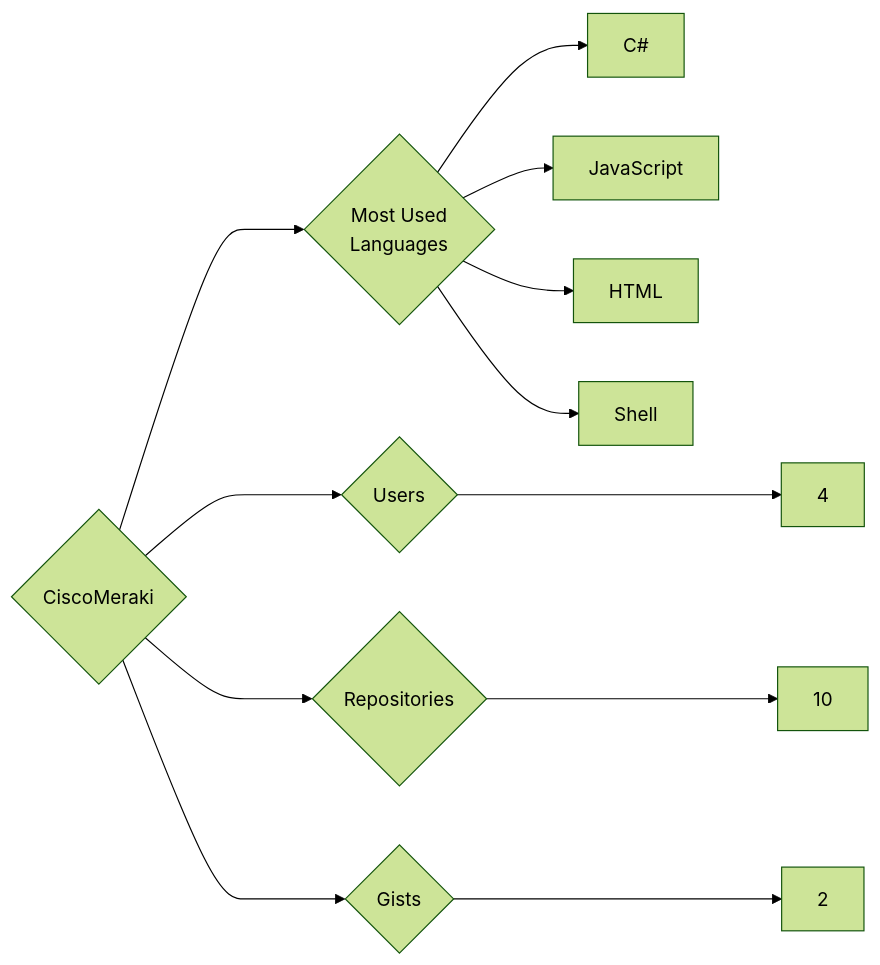
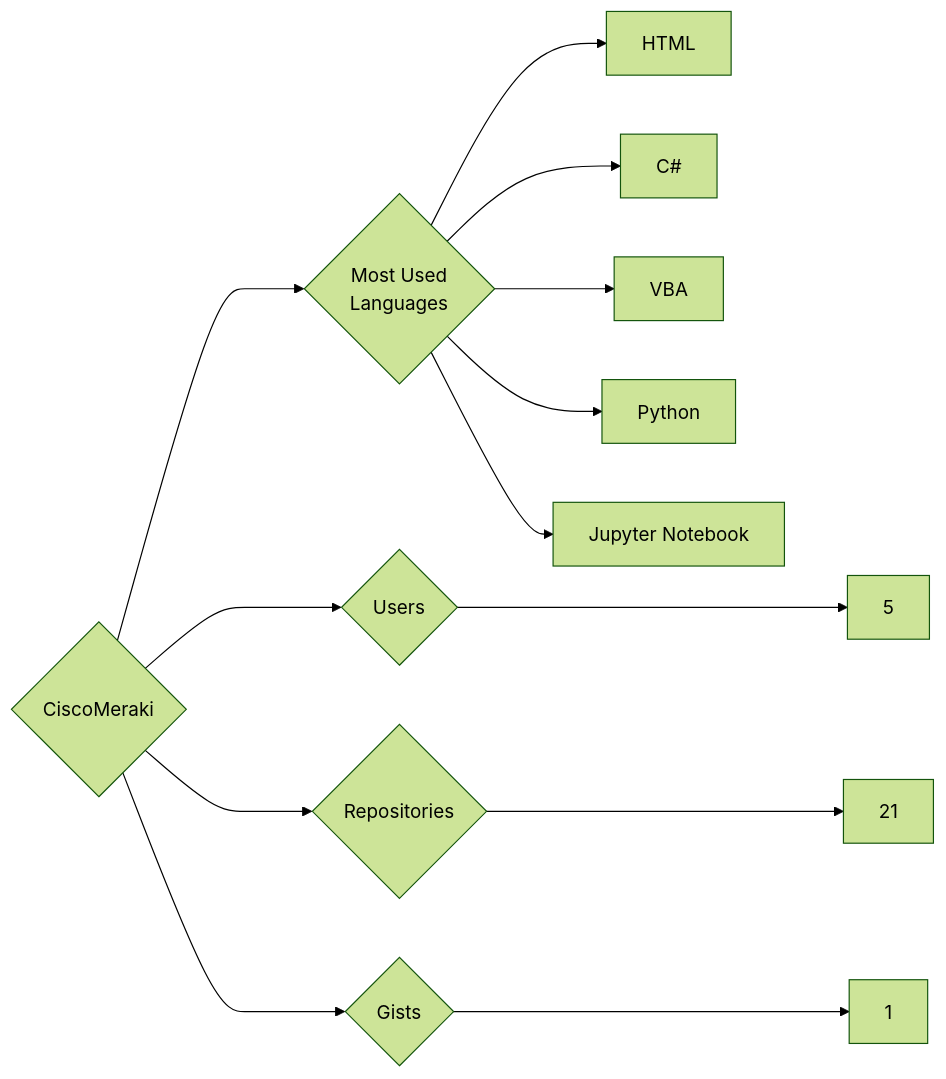
Before and after one commit to trickest/insiders: the diagram in targets/CiscoMeraki/README.md, drawn with Mermaid (forest theme). The commit also changed 997 other files, not shown here.

````diff
--- a/targets/CiscoMeraki/README.md
+++ b/targets/CiscoMeraki/README.md
@@ -3,12 +3,13 @@
 ```mermaid
 graph LR
 COMPANY_NAME{CiscoMeraki}
-COMPANY_NAME ---> U{Users} ---> UN[4]
-COMPANY_NAME ---> R{Repositories} ---> RN[10]
-COMPANY_NAME ---> G{Gists} ---> GN[2]
+COMPANY_NAME ---> U{Users} ---> UN[5]
+COMPANY_NAME ---> R{Repositories} ---> RN[21]
+COMPANY_NAME ---> G{Gists} ---> GN[1]
 COMPANY_NAME ---> ML{Most Used<br>Languages}
+ML --> HTML[HTML]
 ML --> C#[C#]
-ML --> JavaScript[JavaScript]
-ML --> HTML[HTML]
-ML --> Shell[Shell]
+ML --> VBA[VBA]
+ML --> Python[Python]
+ML --> Jupyter_Notebook[Jupyter Notebook]
 ```
````
